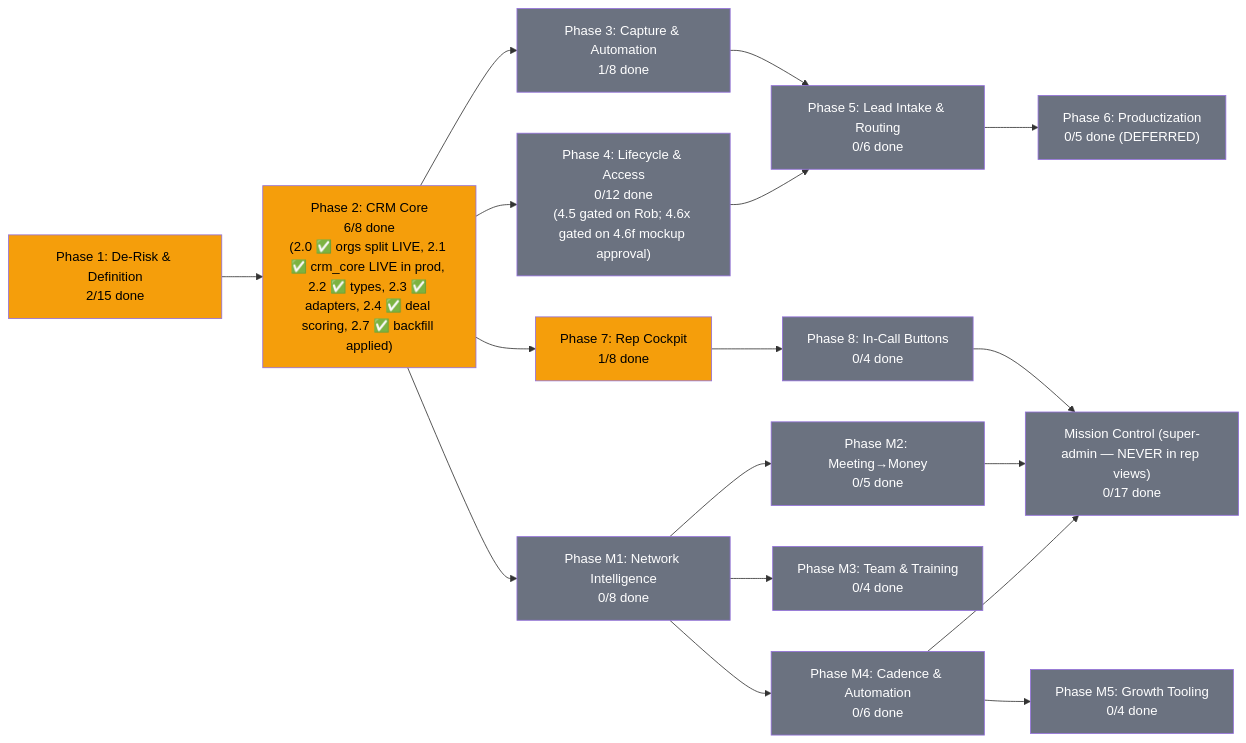
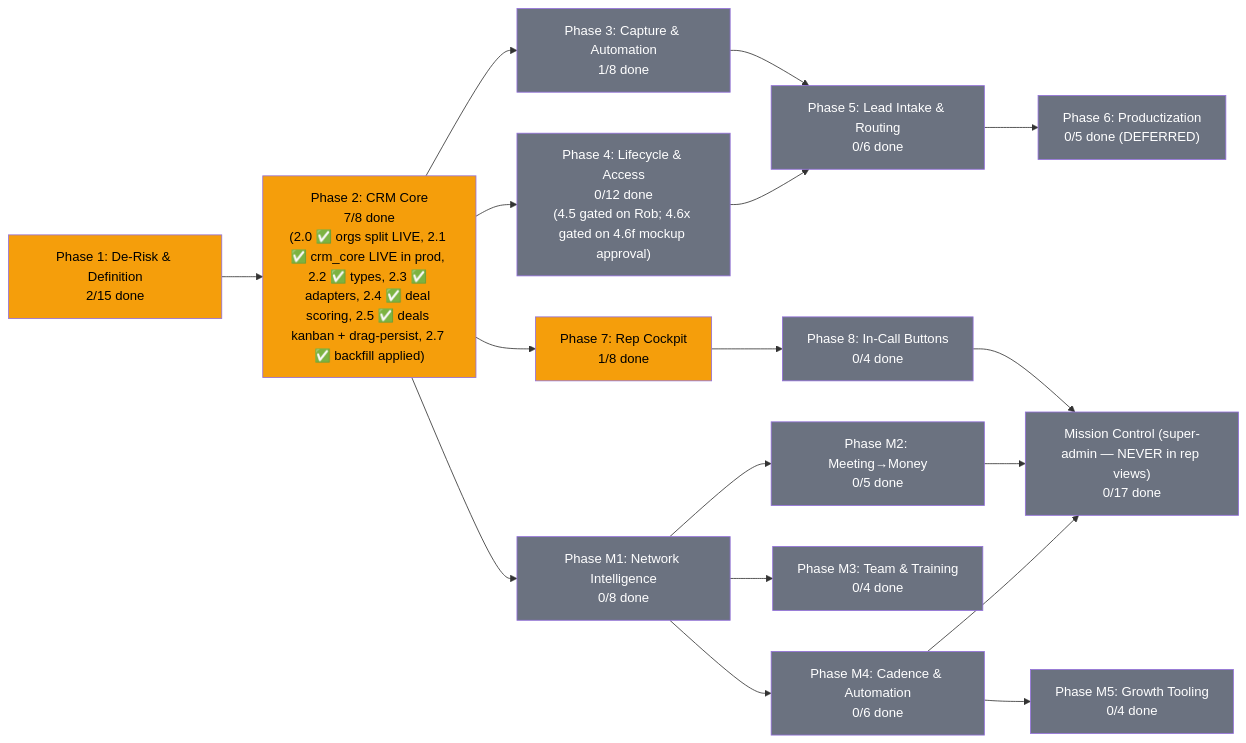
One commit to blacklabelbob/mle-rob-dashboard changed the diagram in docs/plans/PRD-mle-crm.md. Above: the diagram before and after it, drawn with Mermaid. The commit also changed other lines of this file and 6 other files, not shown here.

````diff
--- a/docs/plans/PRD-mle-crm.md
+++ b/docs/plans/PRD-mle-crm.md
@@ -24,34 +24,34 @@
 ```mermaid
 flowchart LR
-    P1["Phase 1: De-Risk & Definition<br/>2/15 done"] --> P2["Phase 2: CRM Core<br/>6/8 done<br/>(2.0 ✅ orgs split LIVE, 2.1 ✅ crm_core LIVE in prod, 2.2 ✅ types, 2.3 ✅ adapters, 2.4 ✅ deal scoring, 2.7 ✅ backfill applied)"]
+    P1["Phase 1: De-Risk & Definition<br/>2/15 done"] --> P2["Phase 2: CRM Core<br/>7/8 done<br/>(2.0 ✅ orgs split LIVE, 2.1 ✅ crm_core LIVE in prod, 2.2 ✅ types, 2.3 ✅ adapters, 2.4 ✅ deal scoring, 2.5 ✅ deals kanban + drag-persist, 2.7 ✅ backfill applied)"]
     P2 --> P3["Phase 3: Capture & Automation<br/>1/8 done"]
     P2 --> P4["Phase 4: Lifecycle & Access<br/>0/12 done<br/>(4.5 gated on Rob; 4.6x gated on 4.6f mockup approval)"]
     P2 --> P7["Phase 7: Rep Cockpit<br/>1/8 done"]
     P7 --> P8["Phase 8: In-Call Buttons<br/>0/4 done"]
     P3 --> P5["Phase 5: Lead Intake & Routing<br/>0/6 done"]
     P4 --> P5
     P5 --> P6["Phase 6: Productization<br/>0/5 done (DEFERRED)"]
     P2 --> M1["Phase M1: Network Intelligence<br/>0/8 done"]
     M1 --> M2["Phase M2: Meeting→Money<br/>0/5 done"]
     M1 --> M3["Phase M3: Team & Training<br/>0/4 done"]
     M1 --> M4["Phase M4: Cadence & Automation<br/>0/6 done"]
     M4 --> M5["Phase M5: Growth Tooling<br/>0/4 done"]
     P8 --> MC["Mission Control (super-admin — NEVER in rep views)<br/>0/17 done"]
     M2 --> MC
     M4 --> MC
 
     style P1 fill:#f59e0b,color:#000
     style P2 fill:#f59e0b,color:#000
     style P3 fill:#6b7280,color:#fff
     style P4 fill:#6b7280,color:#fff
     style P5 fill:#6b7280,color:#fff
     style P6 fill:#6b7280,color:#fff
     style P7 fill:#f59e0b,color:#000
     style P8 fill:#6b7280,color:#fff
     style M1 fill:#6b7280,color:#fff
     style M2 fill:#6b7280,color:#fff
     style M3 fill:#6b7280,color:#fff
     style M4 fill:#6b7280,color:#fff
     style M5 fill:#6b7280,color:#fff
     style MC fill:#6b7280,color:#fff
 ```
````
